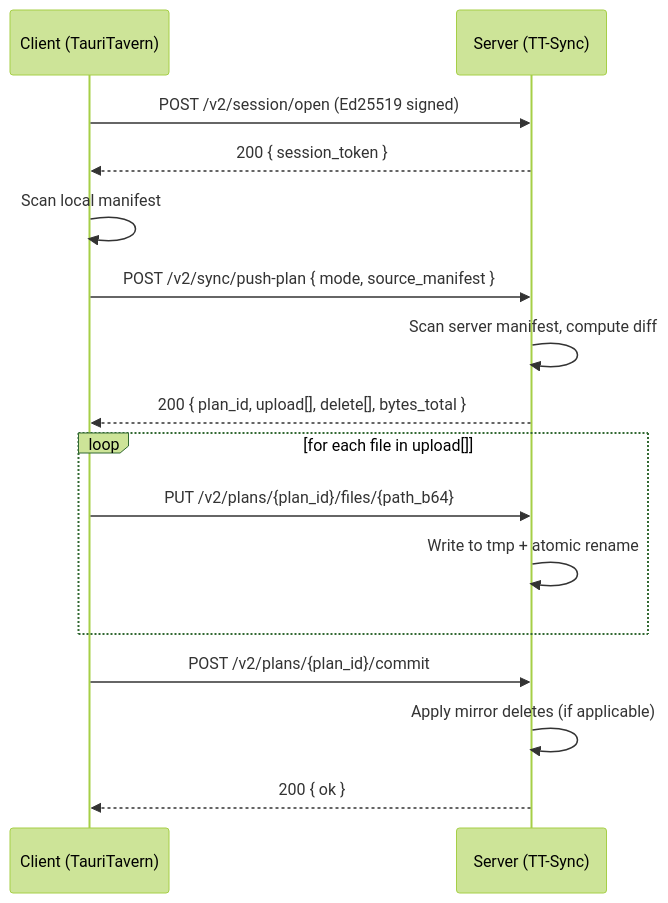
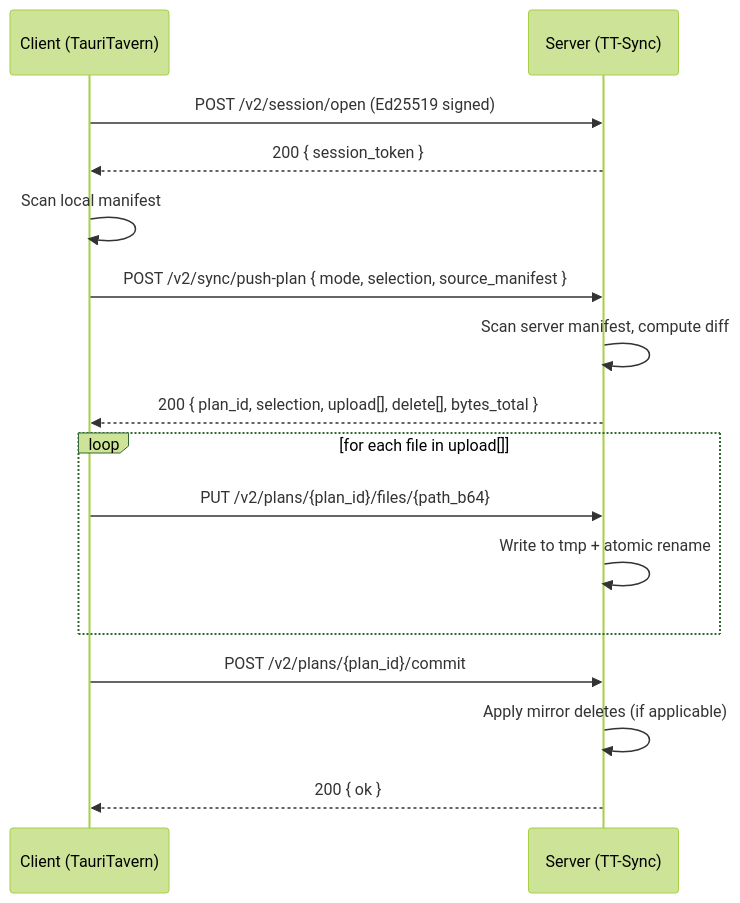
Before and after one commit to Darkatse/TT-Sync: the fourth of 4 diagrams in docs/Architecture.md, drawn with Mermaid (forest theme). The commit also changed other lines of this file and 16 other files, not shown here.

Commit message:
refactor: require explicit dataset selection in sync plans

````diff
--- a/docs/Architecture.md
+++ b/docs/Architecture.md
@@ -304,22 +303,22 @@
 ```mermaid
 sequenceDiagram
     participant C as Client (TauriTavern)
     participant S as Server (TT-Sync)
 
     C->>S: POST /v2/session/open (Ed25519 signed)
     S-->>C: 200 { session_token }
 
     C->>C: Scan local manifest
-    C->>S: POST /v2/sync/push-plan { mode, source_manifest }
+    C->>S: POST /v2/sync/push-plan { mode, selection, source_manifest }
     S->>S: Scan server manifest, compute diff
-    S-->>C: 200 { plan_id, upload[], delete[], bytes_total }
+    S-->>C: 200 { plan_id, selection, upload[], delete[], bytes_total }
 
     loop for each file in upload[]
         C->>S: PUT /v2/plans/{plan_id}/files/{path_b64}
         S->>S: Write to tmp + atomic rename
     end
 
     C->>S: POST /v2/plans/{plan_id}/commit
     S->>S: Apply mirror deletes (if applicable)
     S-->>C: 200 { ok }
 ```
````
